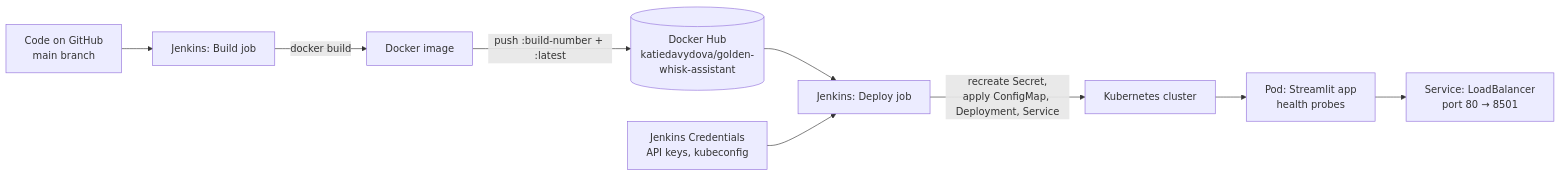
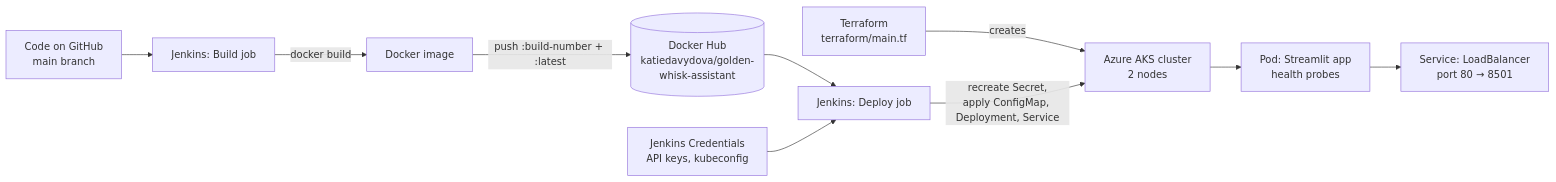
One commit to katya-davydova/golden-whisk-assistant changed the second of 2 diagrams in README.md. Above: the diagram before and after it, drawn with Mermaid. The commit also changed other lines of this file and 2 other files, not shown here.

Commit message:
Add Terraform + Azure AKS deployment to README with screenshots

````diff
--- a/README.md
+++ b/README.md
@@ -53,11 +54,12 @@
 ```mermaid
 flowchart LR
     A[Code on GitHub<br/>main branch] --> B[Jenkins: Build job]
     B -->|docker build| C[Docker image]
     C -->|push :build-number + :latest| D[(Docker Hub<br/>katiedavydova/golden-whisk-assistant)]
     D --> E[Jenkins: Deploy job]
     K[Jenkins Credentials<br/>API keys, kubeconfig] --> E
-    E -->|recreate Secret,<br/>apply ConfigMap, Deployment, Service| F[Kubernetes cluster]
+    T[Terraform<br/>terraform/main.tf] -->|creates| F
+    E -->|recreate Secret,<br/>apply ConfigMap, Deployment, Service| F[Azure AKS cluster<br/>2 nodes]
     F --> G[Pod: Streamlit app<br/>health probes]
     G --> H[Service: LoadBalancer<br/>port 80 → 8501]
 ```
````
